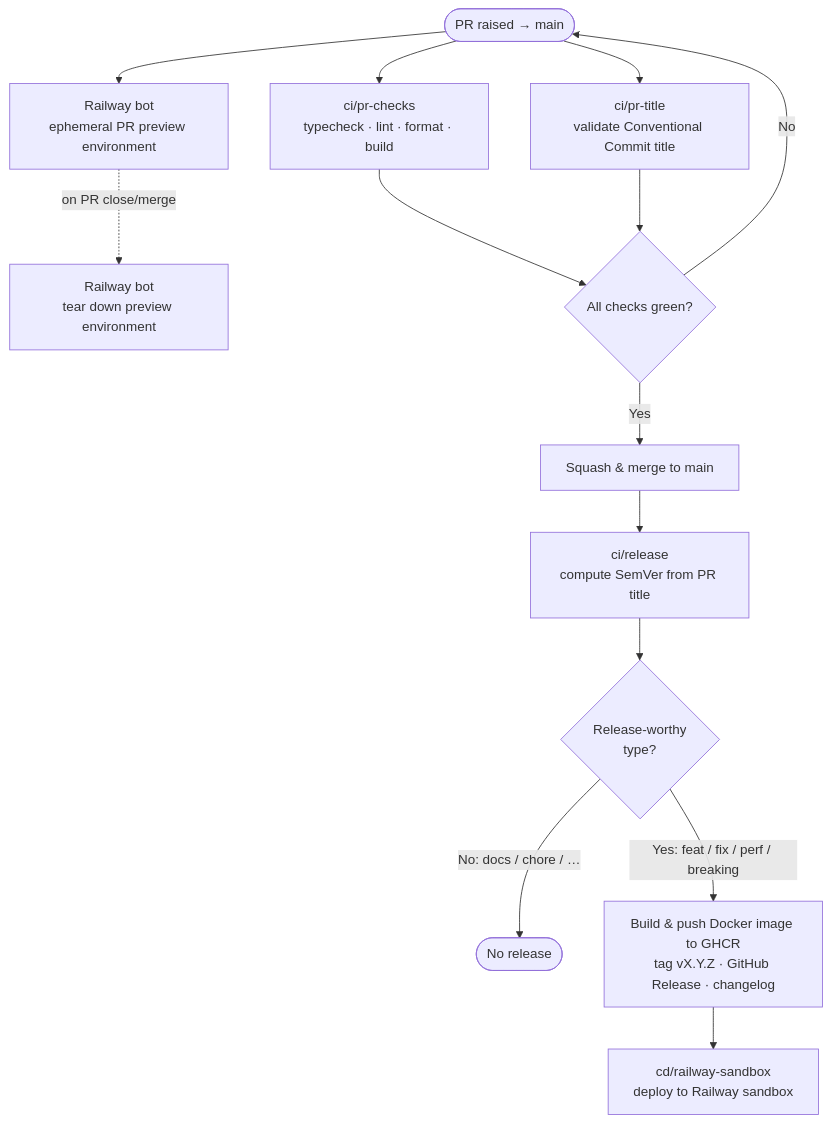
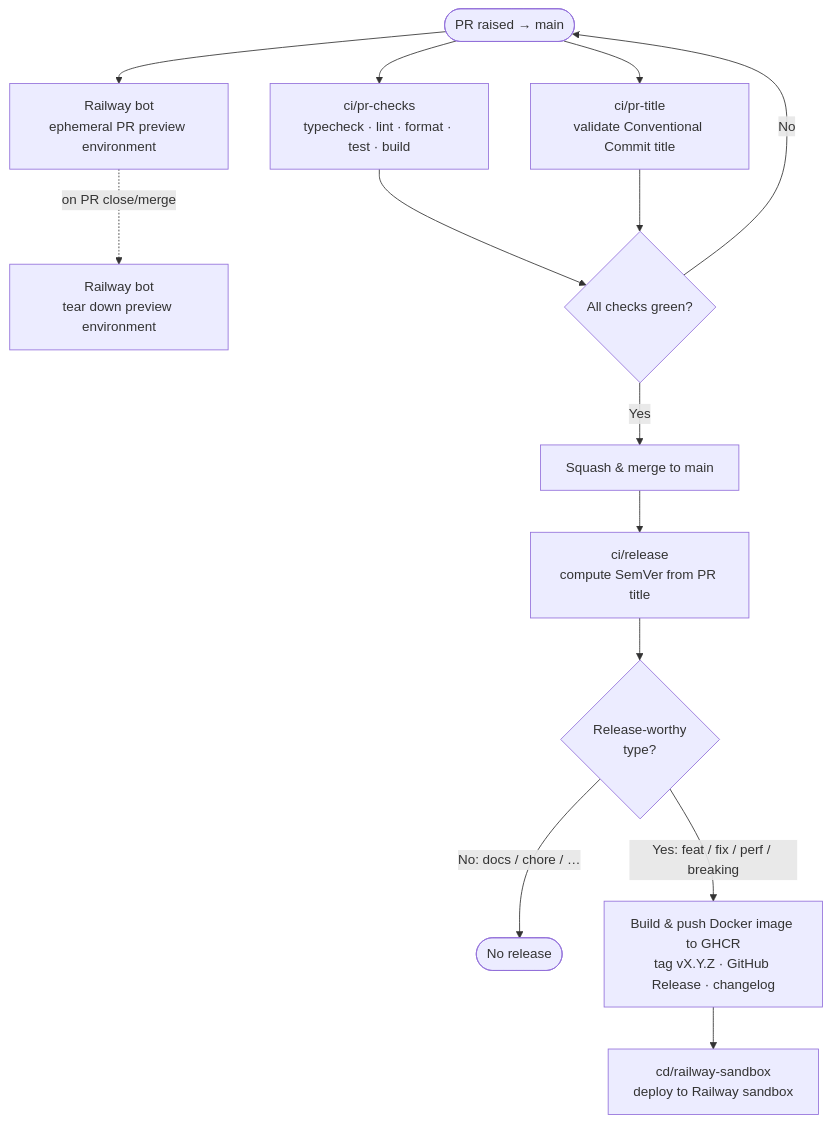
One commit to peter6055/livemaid changed the first of 2 diagrams in CONTRIBUTING.md. Above: the diagram before and after it, drawn with Mermaid. The commit also changed other lines of this file and 13 other files, not shown here.

````diff
--- a/CONTRIBUTING.md
+++ b/CONTRIBUTING.md
@@ -116,16 +116,16 @@
 ```mermaid
 flowchart TD
-    A([PR raised → main]) --> B[ci/pr-checks<br/>typecheck · lint · format · build]
+    A([PR raised → main]) --> B[ci/pr-checks<br/>typecheck · lint · format · test · build]
     A --> C[ci/pr-title<br/>validate Conventional Commit title]
     A --> P[Railway bot<br/>ephemeral PR preview environment]
     P -. on PR close/merge .-> Q[Railway bot<br/>tear down preview environment]
     B --> D{All checks green?}
     C --> D
     D -->|No| A
     D -->|Yes| E[Squash &amp; merge to main]
     E --> F[ci/release<br/>compute SemVer from PR title]
     F --> G{Release-worthy<br/>type?}
     G -->|No: docs / chore / …| H([No release])
     G -->|Yes: feat / fix / perf / breaking| I[Build &amp; push Docker image to GHCR<br/>tag vX.Y.Z · GitHub Release · changelog]
     I --> J[cd/railway-sandbox<br/>deploy to Railway sandbox]
 ```
````
